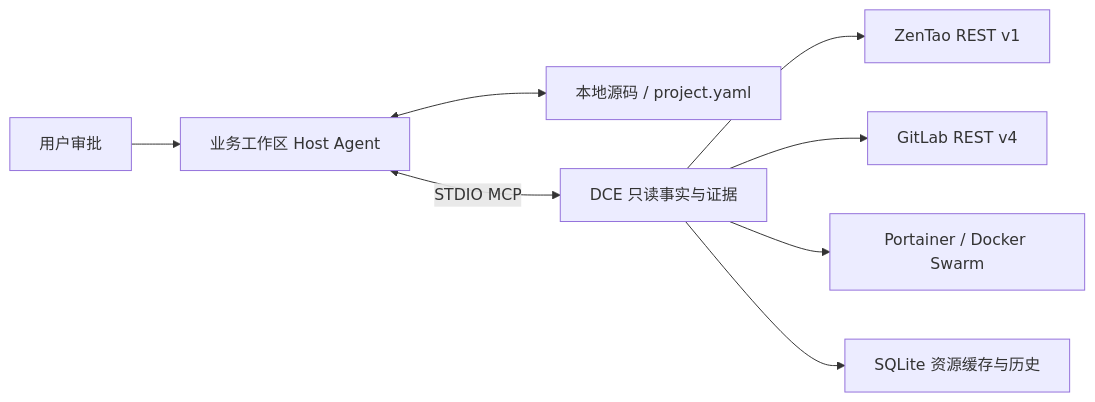
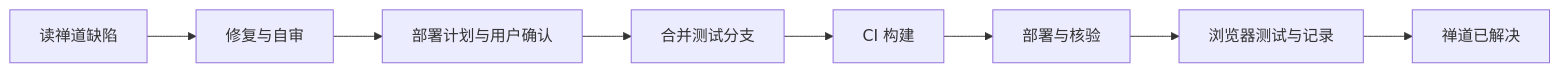
Before and after one commit to Garden12138/devops-context-engine: the diagram in README.md, drawn with Mermaid. The commit also changed other lines of this file and 12 other files, not shown here.

````diff
--- a/README.md
+++ b/README.md
@@ -9,10 +5,10 @@
 ```mermaid
 flowchart LR
-  U[用户审批] --> H[业务工作区 Host Agent]
-  H <--> C[本地源码 / project.yaml]
-  H <-->|STDIO MCP| D[DCE 只读事实与证据]
-  D --> Z[ZenTao REST v1]
-  D --> G[GitLab REST v4]
-  D --> P[Portainer / Docker Swarm]
-  D --> S[SQLite 资源缓存与历史]
+  A[读禅道缺陷] --> B[修复与自审]
+  B --> C[部署计划与用户确认]
+  C --> D[合并测试分支]
+  D --> E[CI 构建]
+  E --> F[部署与核验]
+  F --> G[浏览器测试与记录]
+  G --> H[禅道已解决]
 ```
````
